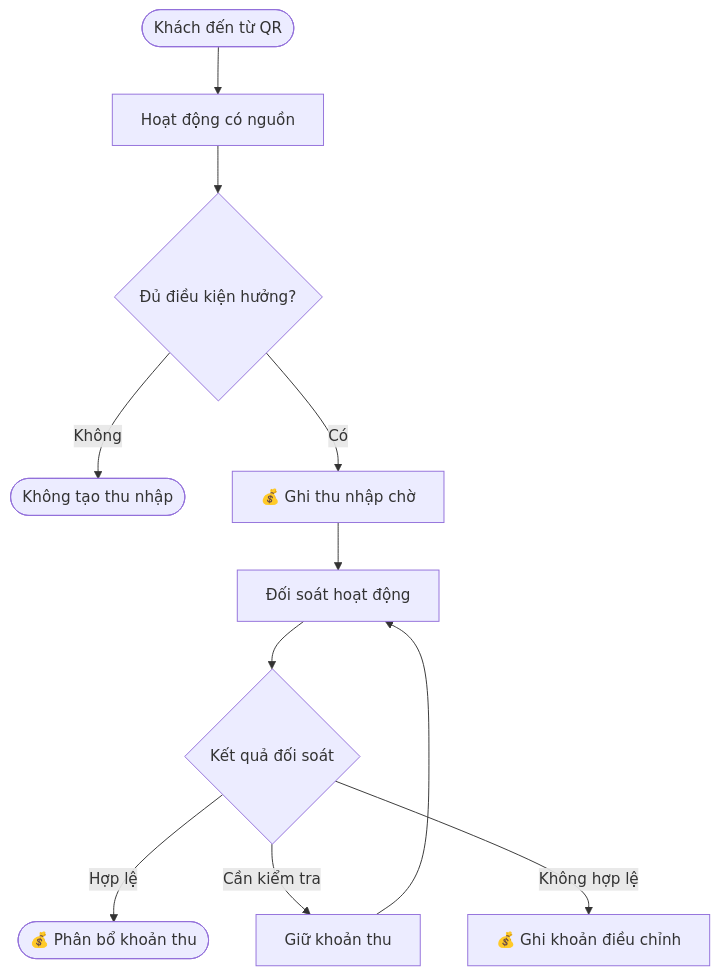
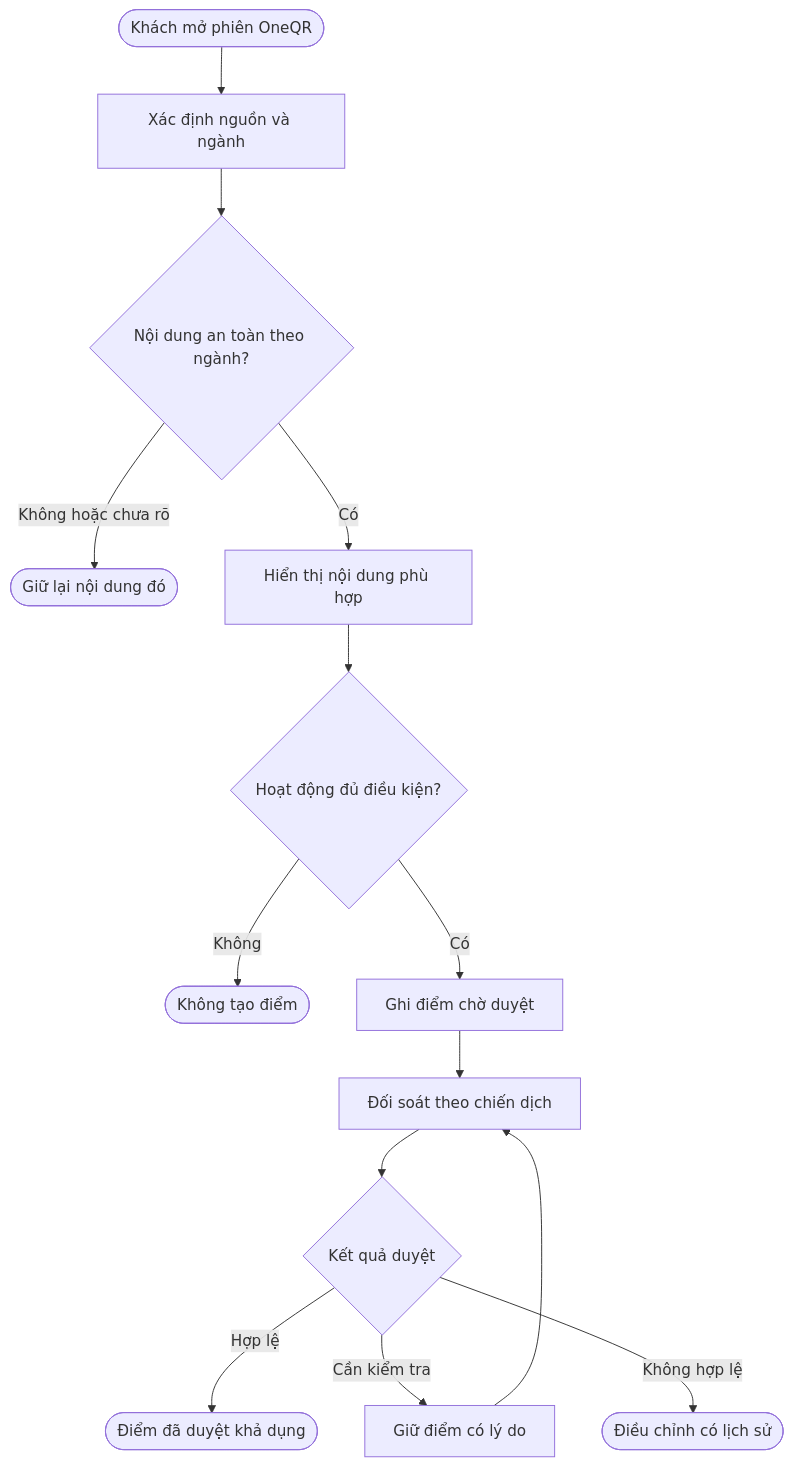
One commit to vlink-group/VlinkPay changed the second of 9 diagrams in nexora/docs/business/business-oneqr-earnings.md. Above: the diagram before and after it, drawn with Mermaid. The commit also changed other lines of this file and 3 other files, not shown here.

Commit message:
docs(1599): cập nhật tham gia OneQR, đổi điểm và rút tiền

````diff
--- a/nexora/docs/business/business-oneqr-earnings.md
+++ b/nexora/docs/business/business-oneqr-earnings.md
@@ -139,13 +123,16 @@
 ```mermaid
 flowchart TD
-    A([Khách đến từ QR]) --> B[Hoạt động có nguồn]
-    B --> C{Đủ điều kiện hưởng?}
-    C -- Không --> D([Không tạo thu nhập])
-    C -- Có --> E[💰 Ghi thu nhập chờ]
-    E --> F[Đối soát hoạt động]
-    F --> G{Kết quả đối soát}
-    G -- Hợp lệ --> H([💰 Phân bổ khoản thu])
-    G -- Cần kiểm tra --> I[Giữ khoản thu]
-    I --> F
-    G -- Không hợp lệ --> J[💰 Ghi khoản điều chỉnh]
+    A([Khách mở phiên OneQR]) --> B[Xác định nguồn và ngành]
+    B --> C{Nội dung an toàn theo ngành?}
+    C -- Không hoặc chưa rõ --> D([Giữ lại nội dung đó])
+    C -- Có --> E[Hiển thị nội dung phù hợp]
+    E --> F{Hoạt động đủ điều kiện?}
+    F -- Không --> G([Không tạo điểm])
+    F -- Có --> H[Ghi điểm chờ duyệt]
+    H --> I[Đối soát theo chiến dịch]
+    I --> J{Kết quả duyệt}
+    J -- Hợp lệ --> K([Điểm đã duyệt khả dụng])
+    J -- Cần kiểm tra --> L[Giữ điểm có lý do]
+    L --> I
+    J -- Không hợp lệ --> M([Điều chỉnh có lịch sử])
 ```
````
